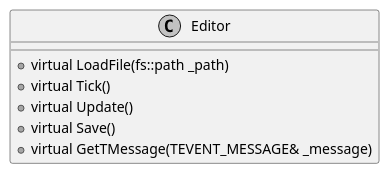
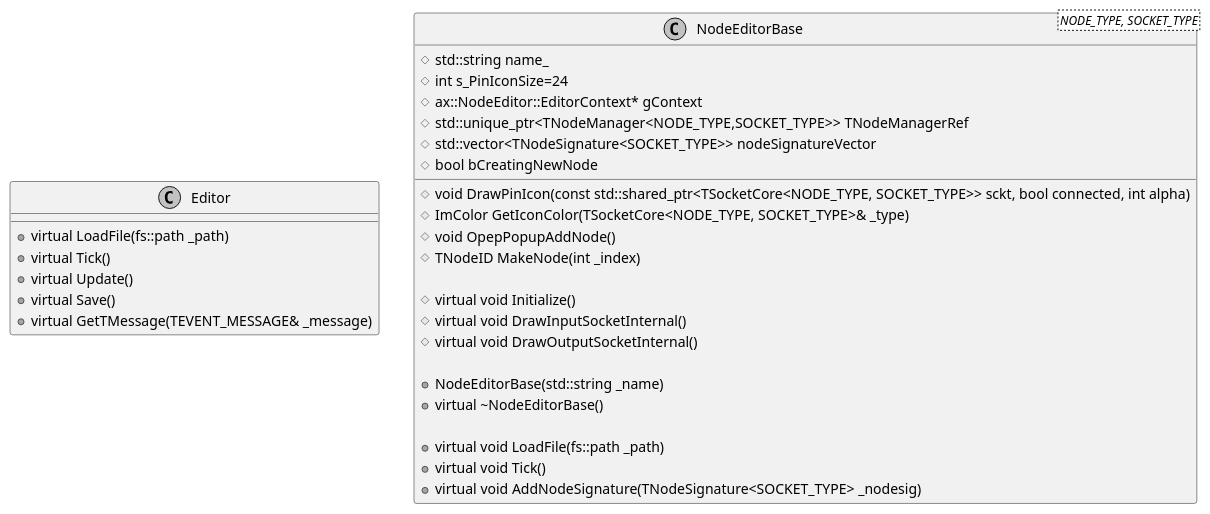
Before and after one commit to takiren/Teller: the diagram in plantuml/editor.pu, drawn with PlantUML. The commit also changed 10 other files, not shown here.

Commit message:
NodeEditorBaseを別ファイルに

```diff
--- a/plantuml/editor.pu
+++ b/plantuml/editor.pu
@@ -1,15 +1,40 @@
 @startuml editor
 skinparam {
     monochrome true
     padding 1
 }
 
 class Editor{
     + virtual LoadFile(fs::path _path)
     + virtual Tick()
     + virtual Update()
     + virtual Save()
     + virtual GetTMessage(TEVENT_MESSAGE& _message)
 }
 
+class NodeEditorBase<NODE_TYPE, SOCKET_TYPE>{
+    # std::string name_
+    # int s_PinIconSize=24
+    # ax::NodeEditor::EditorContext* gContext
+    # std::unique_ptr<TNodeManager<NODE_TYPE,SOCKET_TYPE>> TNodeManagerRef
+    # std::vector<TNodeSignature<SOCKET_TYPE>> nodeSignatureVector
+    # bool bCreatingNewNode
+    # void DrawPinIcon(const std::shared_ptr<TSocketCore<NODE_TYPE, SOCKET_TYPE>> sckt, bool connected, int alpha)
+    # ImColor GetIconColor(TSocketCore<NODE_TYPE, SOCKET_TYPE>& _type)
+    # void OpepPopupAddNode()
+    # TNodeID MakeNode(int _index)
+
+    # virtual void Initialize()
+    # virtual void DrawInputSocketInternal()
+    # virtual void DrawOutputSocketInternal()
+
+    + NodeEditorBase(std::string _name)
+    + virtual ~NodeEditorBase()
+
+    + virtual void LoadFile(fs::path _path)
+    + virtual void Tick()
+    + virtual void AddNodeSignature(TNodeSignature<SOCKET_TYPE> _nodesig)
+
+}
+
 @enduml
```
